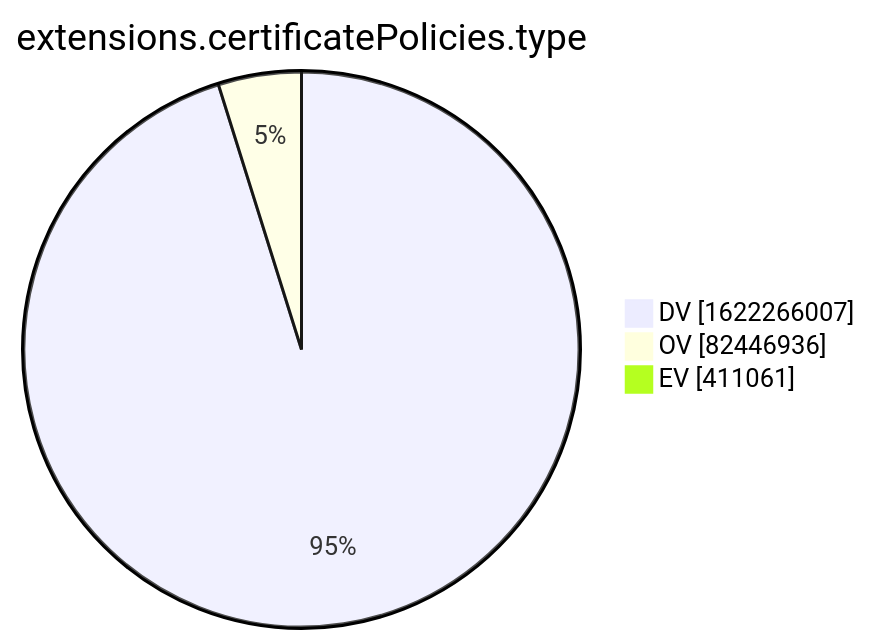
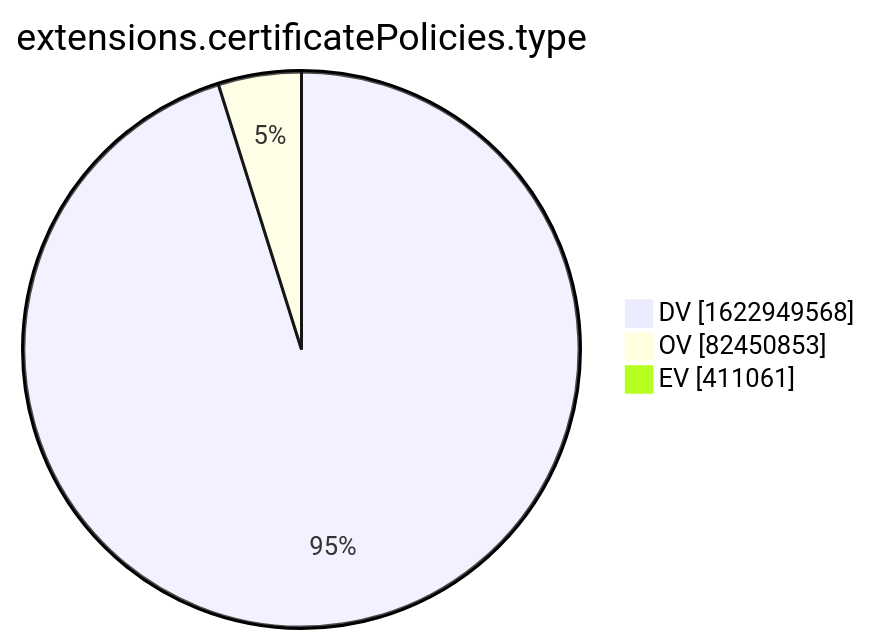
The tenth of 15 diagrams in xenon2022/README.md (christiankrug/ctmonitor_visualization), drawn with Mermaid before and after one commit. The commit also changed other lines of this file, not shown here.

````diff
--- a/xenon2022/README.md
+++ b/xenon2022/README.md
@@ -2878,7 +2878,7 @@
 ```mermaid
 pie showData
 title extensions.certificatePolicies.type
-"DV" :1622266007
-"OV" :82446936
+"DV" :1622949568
+"OV" :82450853
 "EV" :411061
 ```
````
